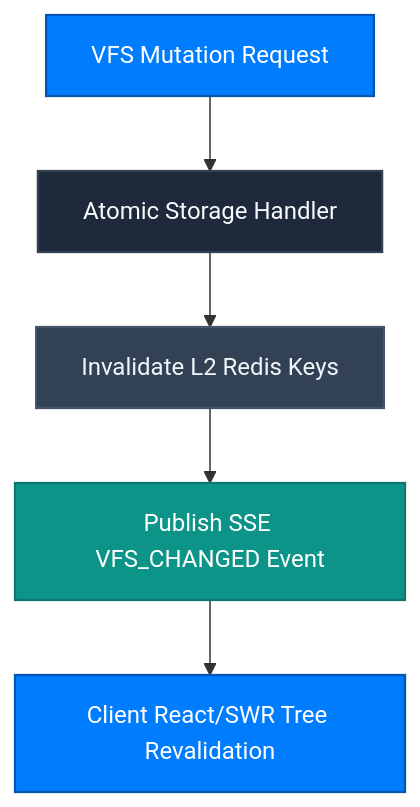
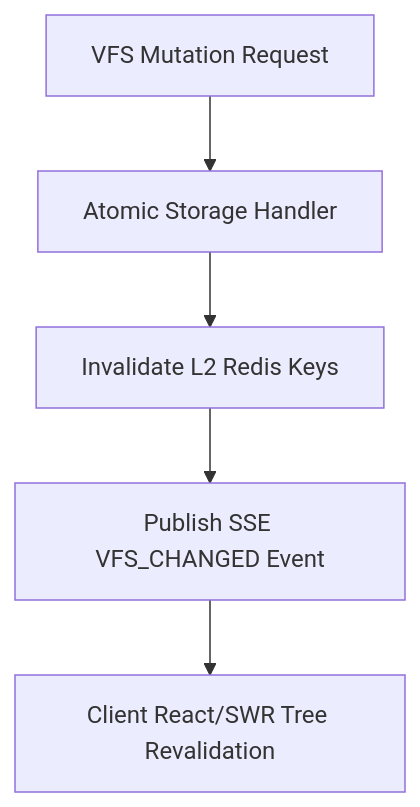
One commit to Connex-Brothers-Consulting-Group/cbcg-hs-connex-docs changed the diagram in features/vfs.mdx. Above: the diagram before and after it, drawn with Mermaid. The commit also changed other lines of this file and 24 other files, not shown here.

Commit message:
fix(docs): restore Lucide card icons, enforce transparent Mermaid line-art, add Cryptographic Kill Switch, and refine quiet luxury banner

````diff
--- a/features/vfs.mdx
+++ b/features/vfs.mdx
@@ -30,12 +30,8 @@
 ```mermaid
 graph TD
-    classDef primary fill:#007CFF,stroke:#0056B3,stroke-width:1.5px,color:#FFFFFF;
-    classDef enterprise fill:#1E293B,stroke:#334155,stroke-width:1.5px,color:#F8FAFC;
-    classDef accent fill:#0D9488,stroke:#0F766E,stroke-width:1.5px,color:#FFFFFF;
-    classDef storage fill:#334155,stroke:#475569,stroke-width:1.5px,color:#F1F5F9;
 
-    A["VFS Mutation Request"]:::primary --> B["Atomic Storage Handler"]:::enterprise
-    B --> C["Invalidate L2 Redis Keys"]:::storage
-    C --> D["Publish SSE VFS_CHANGED Event"]:::accent
-    D --> E["Client React/SWR Tree Revalidation"]:::primary
+    A["VFS Mutation Request"] --> B["Atomic Storage Handler"]
+    B --> C["Invalidate L2 Redis Keys"]
+    C --> D["Publish SSE VFS_CHANGED Event"]
+    D --> E["Client React/SWR Tree Revalidation"]
 ```
````
